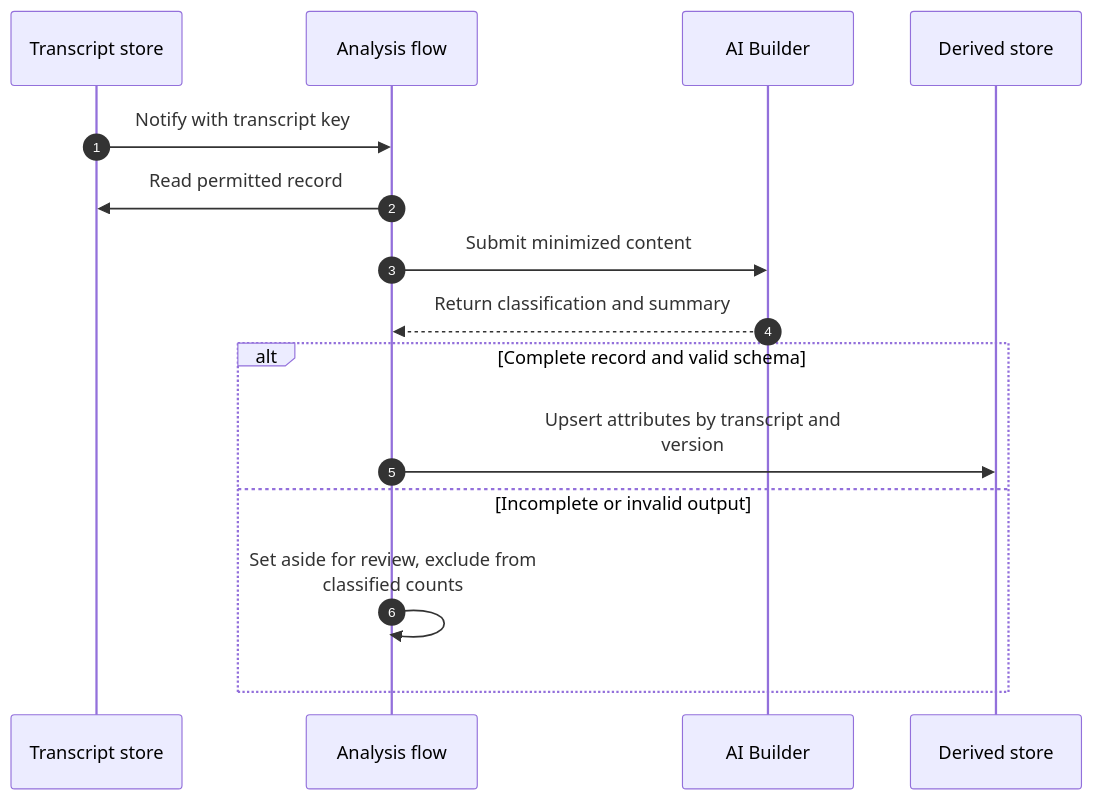
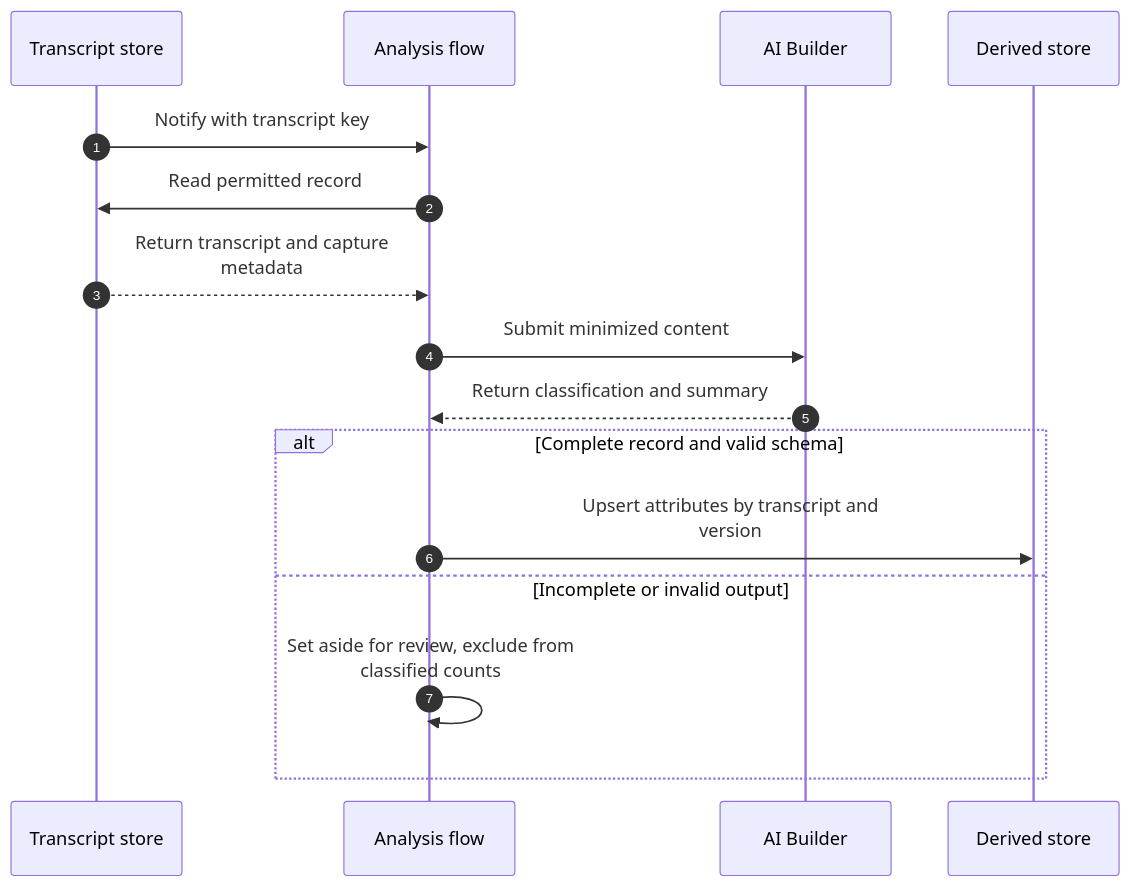
The second of 2 diagrams in reference-architectures/conversation-transcripts.md (abhishek-ai-enabler/copilotstudio-architecture-patterns), drawn with Mermaid before and after one commit. The commit also changed 41 other files, not shown here.

First line of the commit message:
Review diagrams: add return paths and fix flow accuracy

````diff
--- a/reference-architectures/conversation-transcripts.md
+++ b/reference-architectures/conversation-transcripts.md
@@ -37,18 +37,19 @@
 ```mermaid
 sequenceDiagram
     accTitle: Extract service-quality signals from conversation transcripts - technical flow
     autonumber
     participant D as Transcript store
     participant F as Analysis flow
     participant A as AI Builder
     participant X as Derived store
     D->>F: Notify with transcript key
     F->>D: Read permitted record
+    D-->>F: Return transcript and capture<br/>metadata
     F->>A: Submit minimized content
     A-->>F: Return classification and summary
     alt Complete record and valid schema
-        F->>X: Upsert attributes by transcript and<br/>version
+      F->>X: Upsert attributes by transcript and<br/>version
     else Incomplete or invalid output
-        F->>F: Set aside for review, exclude from<br/>classified counts
+      F->>F: Set aside for review, exclude from<br/>classified counts
     end
 ```
````
